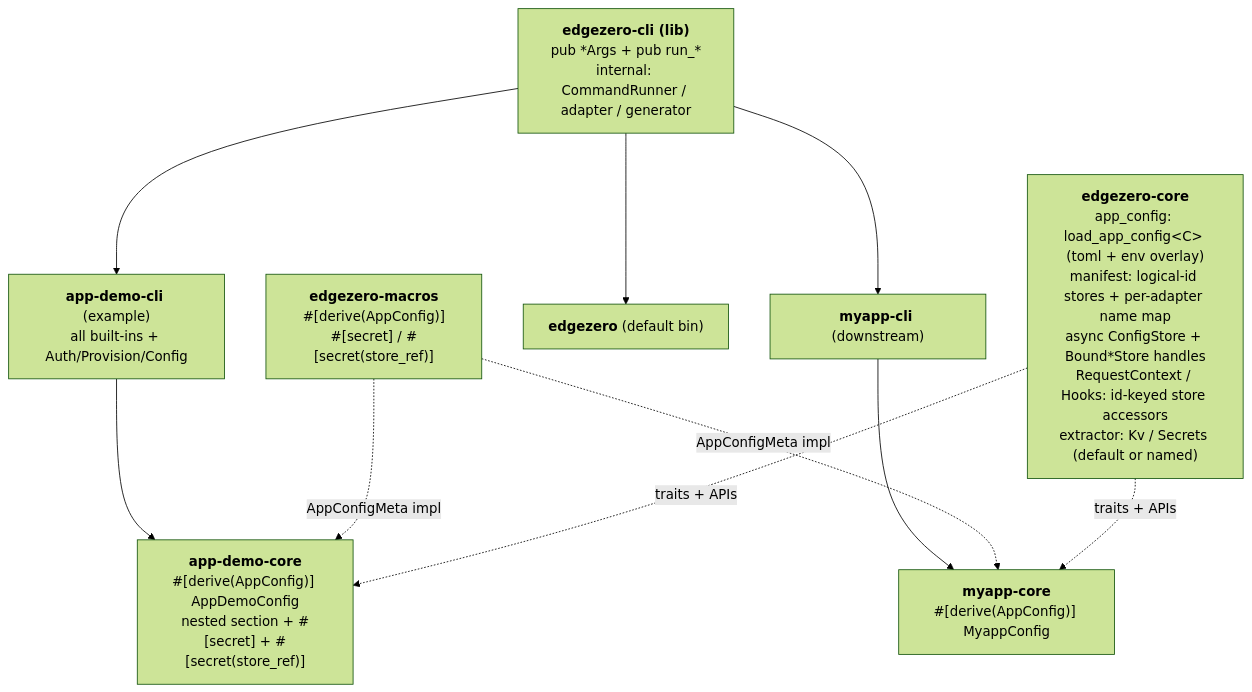
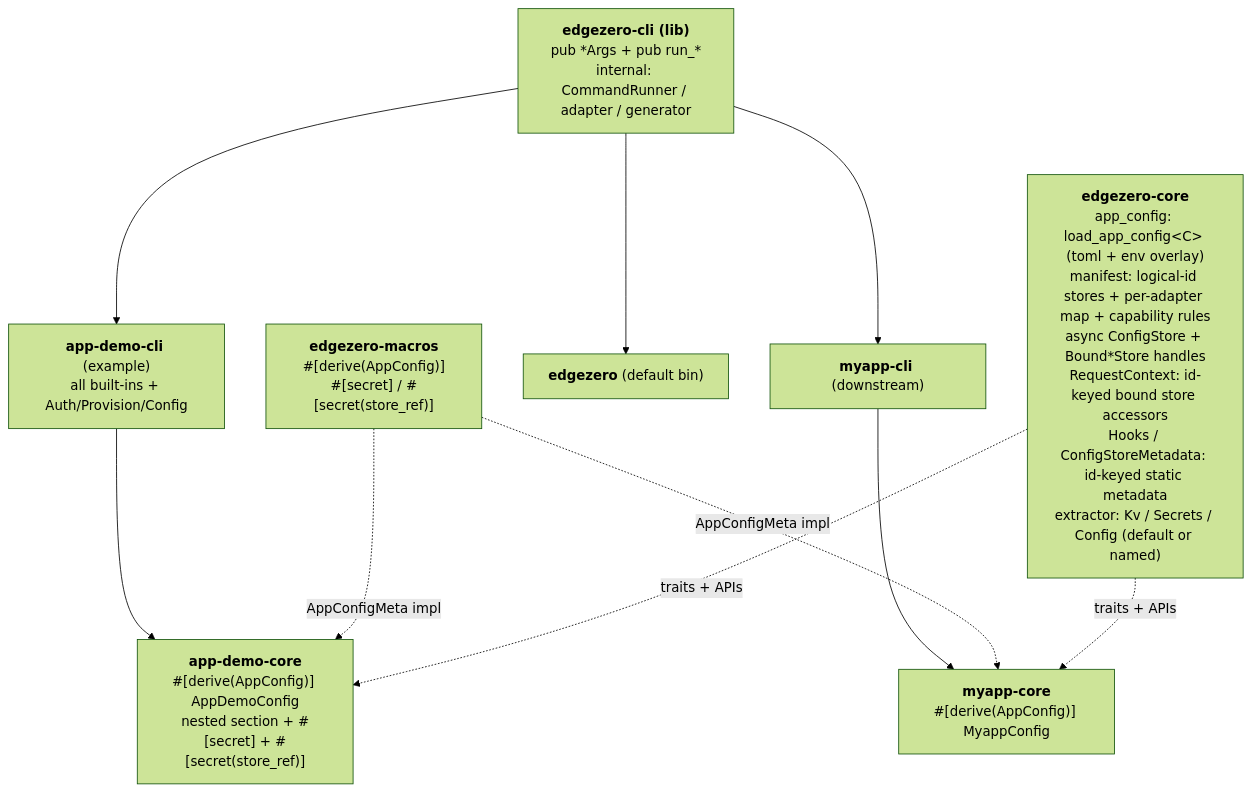
Before and after one commit to stackpop/edgezero: the diagram in docs/superpowers/specs/2026-05-19-cli-extensions-design.md, drawn with Mermaid (forest theme). The commit also changed other lines of this file, not shown here.

````diff
--- a/docs/superpowers/specs/2026-05-19-cli-extensions-design.md
+++ b/docs/superpowers/specs/2026-05-19-cli-extensions-design.md
@@ -94,20 +103,20 @@
 ```mermaid
 graph TB
     Lib["<b>edgezero-cli (lib)</b><br/>pub *Args + pub run_*<br/>internal: CommandRunner / adapter / generator"]
 
     Macros["<b>edgezero-macros</b><br/>#[derive(AppConfig)]<br/>#[secret] / #[secret(store_ref)]"]
 
-    Core["<b>edgezero-core</b><br/>app_config: load_app_config&lt;C&gt; (toml + env overlay)<br/>manifest: logical-id stores + per-adapter name map<br/>async ConfigStore + Bound*Store handles<br/>RequestContext / Hooks: id-keyed store accessors<br/>extractor: Kv / Secrets (default or named)"]
+    Core["<b>edgezero-core</b><br/>app_config: load_app_config&lt;C&gt; (toml + env overlay)<br/>manifest: logical-id stores + per-adapter map + capability rules<br/>async ConfigStore + Bound*Store handles<br/>RequestContext: id-keyed bound store accessors<br/>Hooks / ConfigStoreMetadata: id-keyed static metadata<br/>extractor: Kv / Secrets / Config (default or named)"]
 
     Lib --> EZ["<b>edgezero</b> (default bin)"]
     Lib --> ADC["<b>app-demo-cli</b> (example)<br/>all built-ins + Auth/Provision/Config"]
     Lib --> MAC["<b>myapp-cli</b> (downstream)"]
 
     ADC --> ADCore["<b>app-demo-core</b><br/>#[derive(AppConfig)] AppDemoConfig<br/>nested section + #[secret] + #[secret(store_ref)]"]
     MAC --> MACore["<b>myapp-core</b><br/>#[derive(AppConfig)] MyappConfig"]
 
     Macros -.AppConfigMeta impl.-> ADCore
     Macros -.AppConfigMeta impl.-> MACore
     Core -.traits + APIs.-> ADCore
     Core -.traits + APIs.-> MACore
 ```
````
